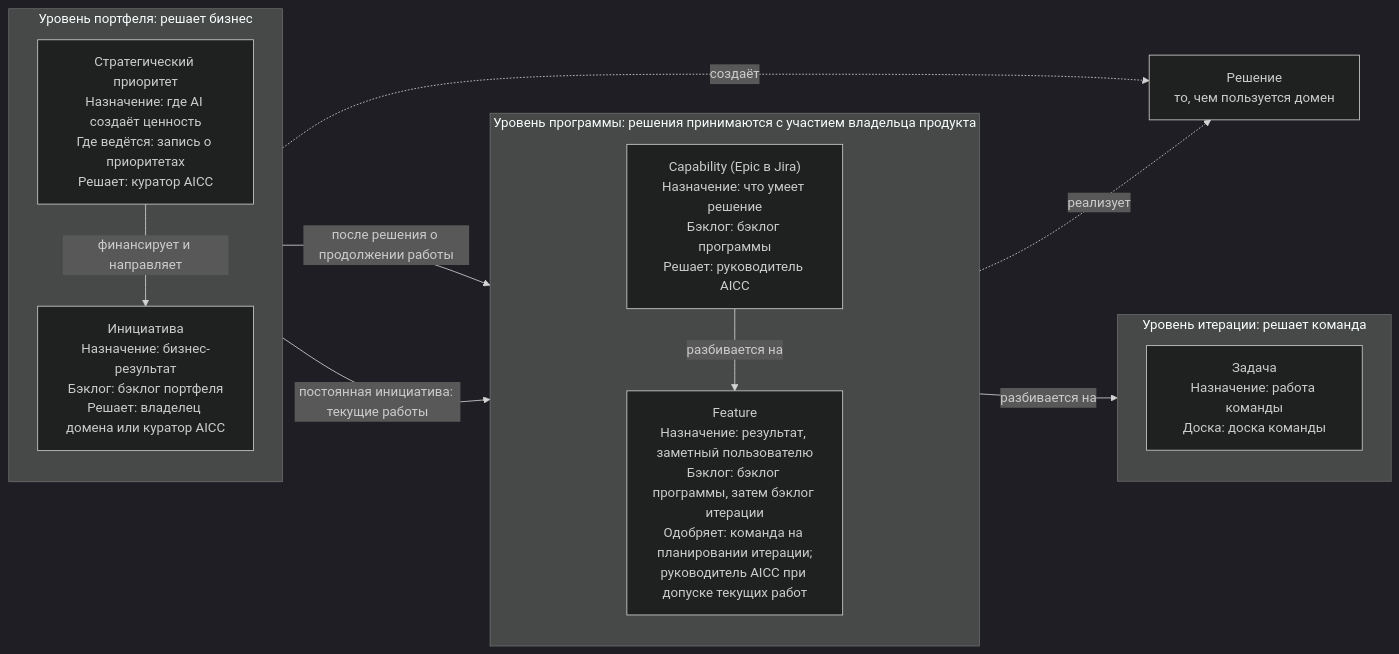
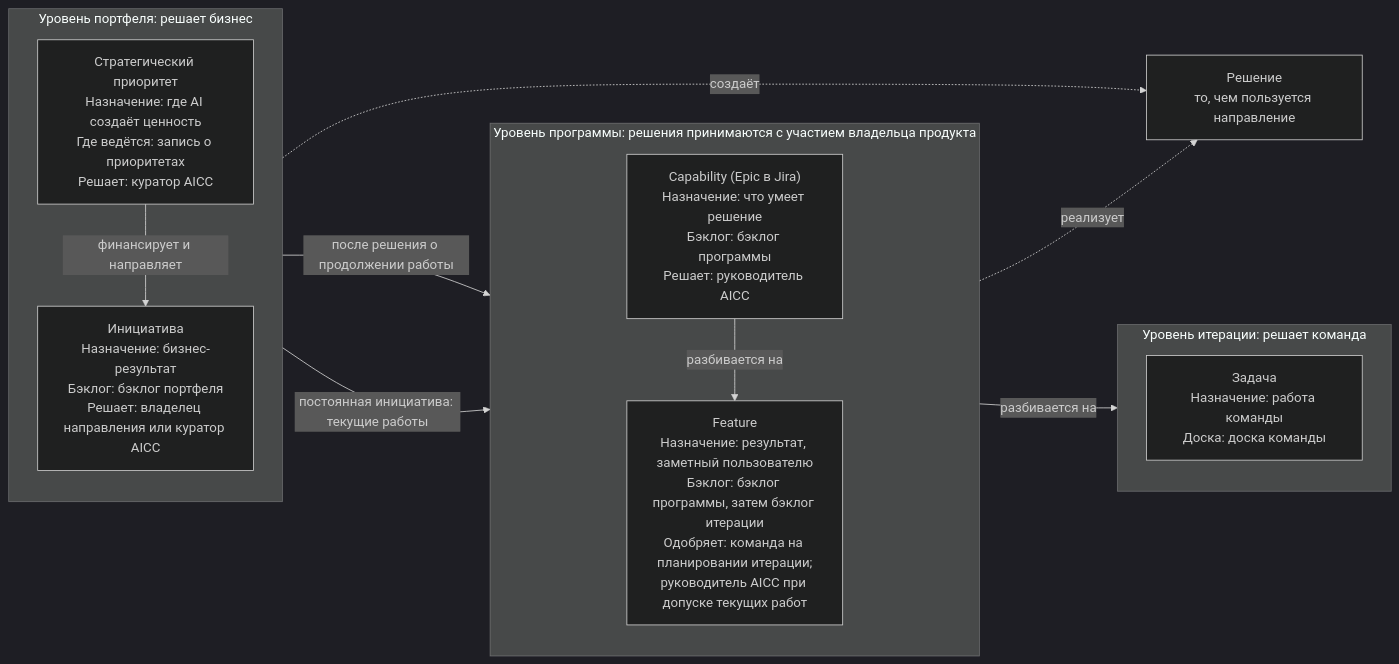
Before and after one commit to devhogu/ob-aicc: the first of 13 diagrams in charter/ru/documents/solution-lifecycle-model.md, drawn with Mermaid (dark theme). The commit also changed other lines of this file and 290 other files, not shown here.

First line of the commit message:
Russian edition: Domain is «направление» (владелец направления, эксперт направления); Strategic Priority 3 is «AI в работе направлений Банка»

````diff
--- a/charter/ru/documents/solution-lifecycle-model.md
+++ b/charter/ru/documents/solution-lifecycle-model.md
@@ -63,24 +63,24 @@
 ```mermaid
 flowchart LR
   subgraph PORT["Уровень портфеля: решает бизнес"]
     direction TB
     SP["Стратегический приоритет<br/>Назначение: где AI создаёт ценность<br/>Где ведётся: запись о приоритетах<br/>Решает: куратор AICC"]
-    INI["Инициатива<br/>Назначение: бизнес-результат<br/>Бэклог: бэклог портфеля<br/>Решает: владелец домена или куратор AICC"]
+    INI["Инициатива<br/>Назначение: бизнес-результат<br/>Бэклог: бэклог портфеля<br/>Решает: владелец направления или куратор AICC"]
     SP -->|финансирует и направляет| INI
   end
   subgraph PROG["Уровень программы: решения принимаются с участием владельца продукта"]
     direction TB
     CAP["Capability (Epic в Jira)<br/>Назначение: что умеет решение<br/>Бэклог: бэклог программы<br/>Решает: руководитель AICC"]
     FT["Feature<br/>Назначение: результат, заметный пользователю<br/>Бэклог: бэклог программы, затем бэклог итерации<br/>Одобряет: команда на планировании итерации;<br/>руководитель AICC при допуске текущих работ"]
     CAP -->|разбивается на| FT
   end
   subgraph ITER["Уровень итерации: решает команда"]
     direction TB
     WI["Задача<br/>Назначение: работа команды<br/>Доска: доска команды"]
   end
   INI -->|после решения о продолжении работы| CAP
   INI -->|постоянная инициатива: текущие работы| FT
   FT -->|разбивается на| WI
-  INI -.->|создаёт| SOL["Решение<br/>то, чем пользуется домен"]
+  INI -.->|создаёт| SOL["Решение<br/>то, чем пользуется направление"]
   CAP -.->|реализует| SOL
 ```
````
